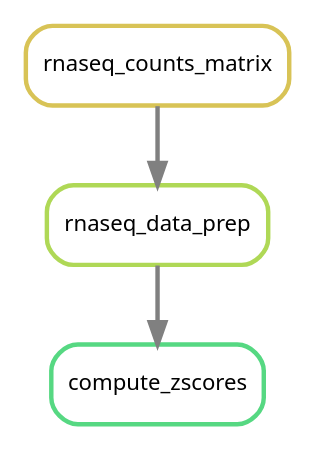
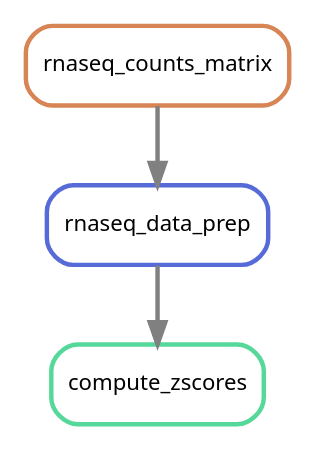
Before and after one commit to NCBI-Hackathons/Pharmacogenomics_Prediction_Pipeline_P3: the diagram in doc/source/images/zscores.dot, drawn with Graphviz. The commit also changed 29 other files, not shown here.

```diff
--- a/doc/source/images/zscores.dot
+++ b/doc/source/images/zscores.dot
@@ -1,10 +1,10 @@
 digraph snakemake_dag {
     graph[bgcolor=white, margin=0];
     node[shape=box, style=rounded, fontname=sans,                 fontsize=10, penwidth=2];
     edge[penwidth=2, color=grey];
-	0[label = "compute_zscores", color = "0.39 0.6 0.85", style="rounded"];
-	1[label = "rnaseq_data_prep", color = "0.22 0.6 0.85", style="rounded"];
-	2[label = "rnaseq_counts_matrix", color = "0.14 0.6 0.85", style="rounded"];
-	1 -> 0
+	0[label = "rnaseq_counts_matrix", color = "0.06 0.6 0.85", style="rounded"];
+	1[label = "compute_zscores", color = "0.42 0.6 0.85", style="rounded"];
+	2[label = "rnaseq_data_prep", color = "0.64 0.6 0.85", style="rounded"];
 	2 -> 1
+	0 -> 2
 }            
```
